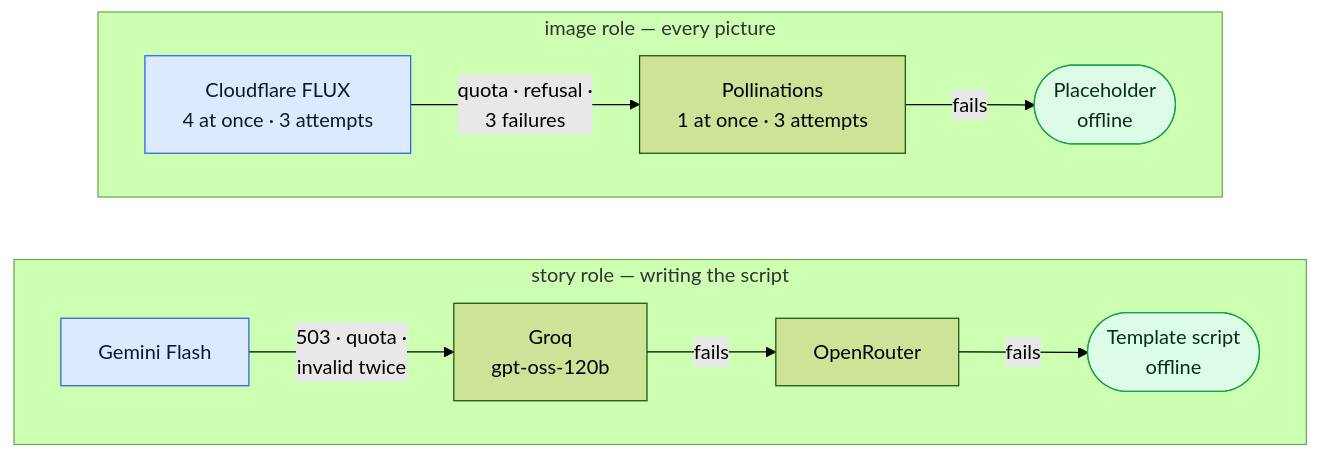
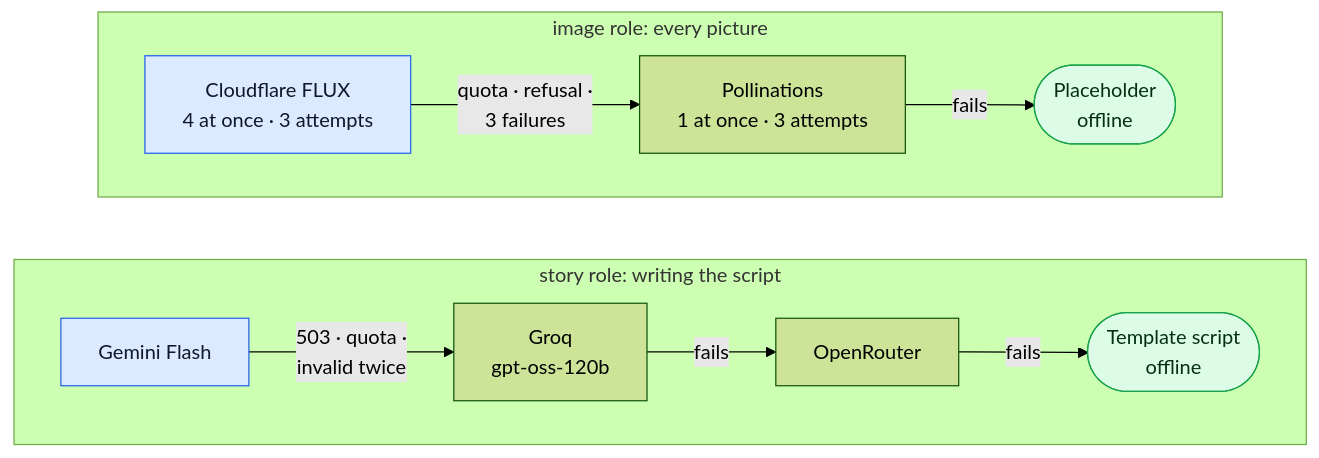
One commit to SaadAbdullaH3/Automated-Story-Generation changed the third of 9 diagrams in docs/AGENTS.md. Above: the diagram before and after it, drawn with Mermaid (forest theme). The commit also changed other lines of this file and 16 other files, not shown here.

````diff
--- a/docs/AGENTS.md
+++ b/docs/AGENTS.md
@@ -148,20 +148,20 @@
 ```mermaid
 flowchart LR
-    subgraph storyR["story role — writing the script"]
+    subgraph storyR["story role: writing the script"]
         direction LR
         g["Gemini Flash"] -- "503 · quota ·<br/>invalid twice" --> q["Groq<br/>gpt-oss-120b"]
         q -- "fails" --> o["OpenRouter"]
         o -- "fails" --> tpl(["Template script<br/>offline"])
     end
 
-    subgraph imageR["image role — every picture"]
+    subgraph imageR["image role: every picture"]
         direction LR
         c["Cloudflare FLUX<br/>4 at once · 3 attempts"] -- "quota · refusal ·<br/>3 failures" --> pol["Pollinations<br/>1 at once · 3 attempts"]
         pol -- "fails" --> ph(["Placeholder<br/>offline"])
     end
 
     classDef first fill:#dbeafe,stroke:#2563eb,color:#0f172a
     classDef last fill:#dcfce7,stroke:#16a34a,color:#052e16
     class g,c first
     class tpl,ph last
 ```
````
